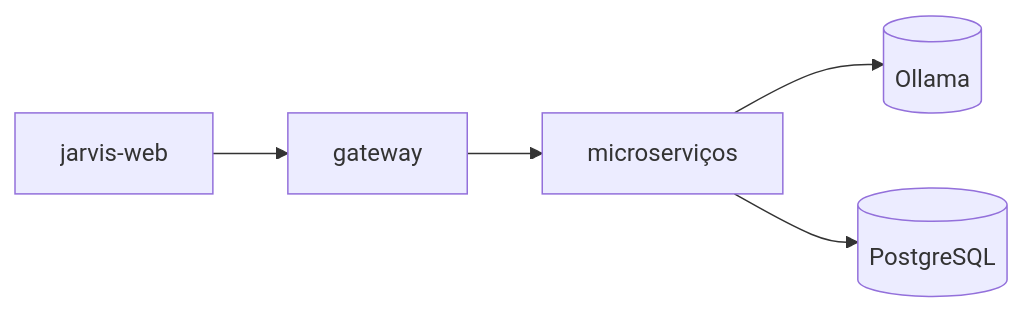
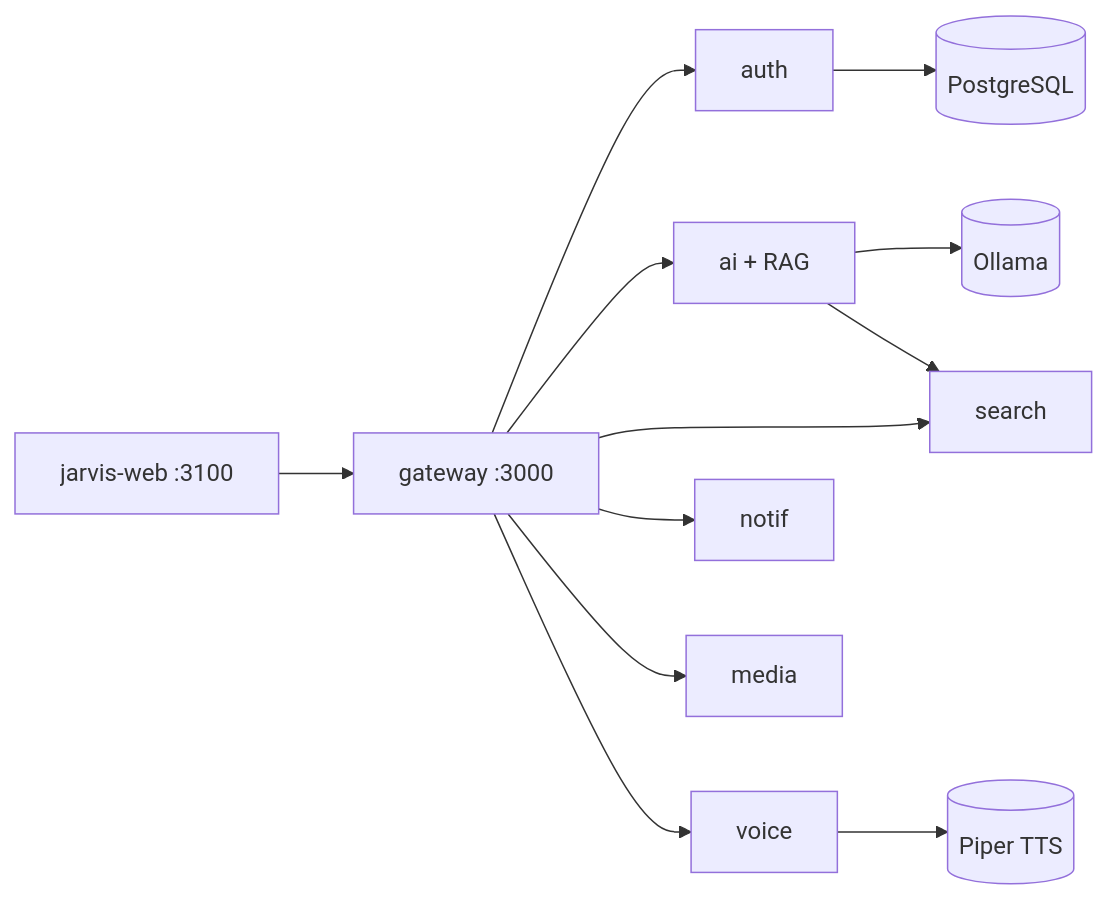
One commit to FranciscoStanley/MyJarvis changed the diagram in AGENTS.md. Above: the diagram before and after it, drawn with Mermaid. The commit also changed other lines of this file and 9 other files, not shown here.

First line of the commit message:
docs: alinha arquitetura com RAG, Piper e pacotes

````diff
--- a/AGENTS.md
+++ b/AGENTS.md
@@ -50,6 +51,9 @@
 ```mermaid
 flowchart LR
-    WEB[jarvis-web] --> GW[gateway] --> MS[microserviços]
-    MS --> OLLAMA[(Ollama)]
-    MS --> PG[(PostgreSQL)]
+    WEB[jarvis-web :3100] --> GW[gateway :3000]
+    GW --> AUTH[auth] & AI[ai + RAG] & VOICE[voice] & SEARCH[search] & NOTIF[notif] & MEDIA[media]
+    AI --> OLLAMA[(Ollama)]
+    AI --> SEARCH
+    VOICE --> PIPER[(Piper TTS)]
+    AUTH --> PG[(PostgreSQL)]
 ```
````
